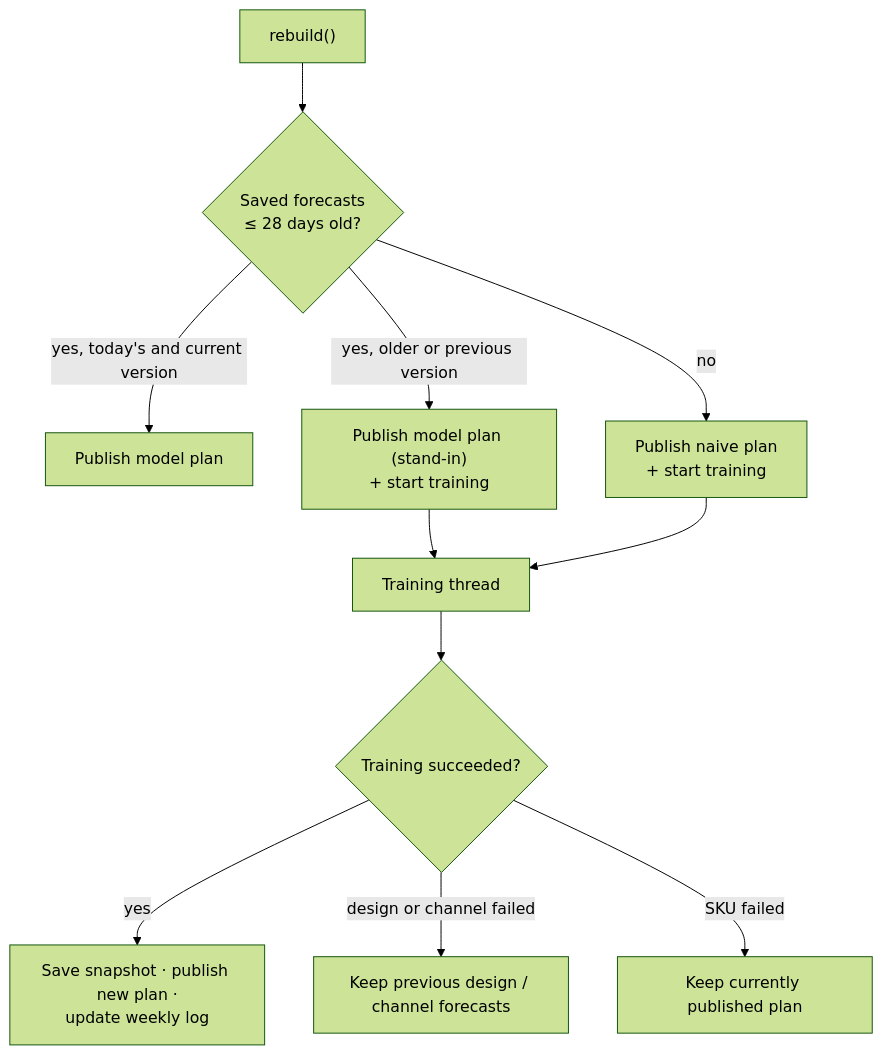
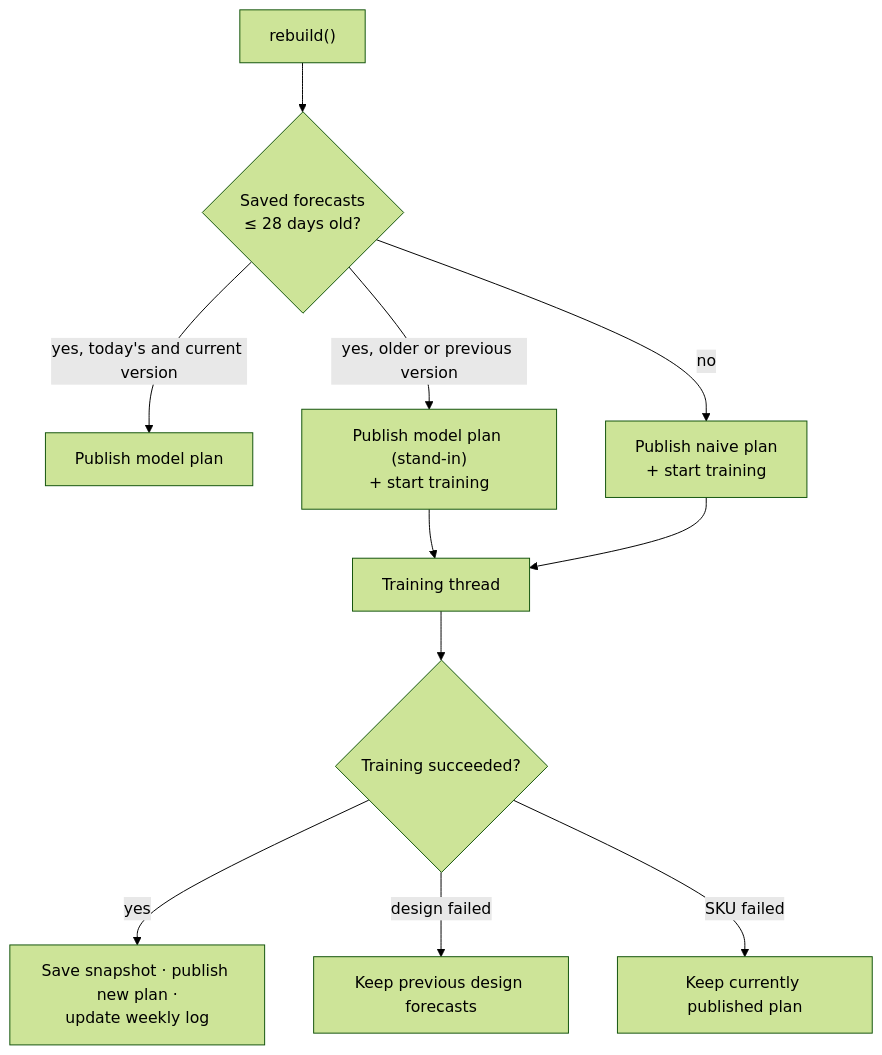
Before and after one commit to orlindatabase-lang/Demand-Forecasting: diagram 25 of 27 in README.md, drawn with Mermaid (forest theme). The commit also changed other lines of this file and 13 other files, not shown here.

````diff
--- a/README.md
+++ b/README.md
@@ -980,13 +949,13 @@
 ```mermaid
 flowchart TD
     S["rebuild()"] --> A{"Saved forecasts<br/>≤ 28 days old?"}
     A -- "yes, today's and current version" --> P1["Publish model plan"]
     A -- "yes, older or previous version" --> P2["Publish model plan (stand-in)<br/>+ start training"]
     A -- no --> P3["Publish naive plan<br/>+ start training"]
     P2 --> T["Training thread"]
     P3 --> T
     T --> OK{"Training succeeded?"}
     OK -- yes --> P4["Save snapshot · publish new plan ·<br/>update weekly log"]
-    OK -- "design or channel failed" --> P5["Keep previous design / channel forecasts"]
+    OK -- "design failed" --> P5["Keep previous design forecasts"]
     OK -- "SKU failed" --> P6["Keep currently published plan"]
 ```
````
